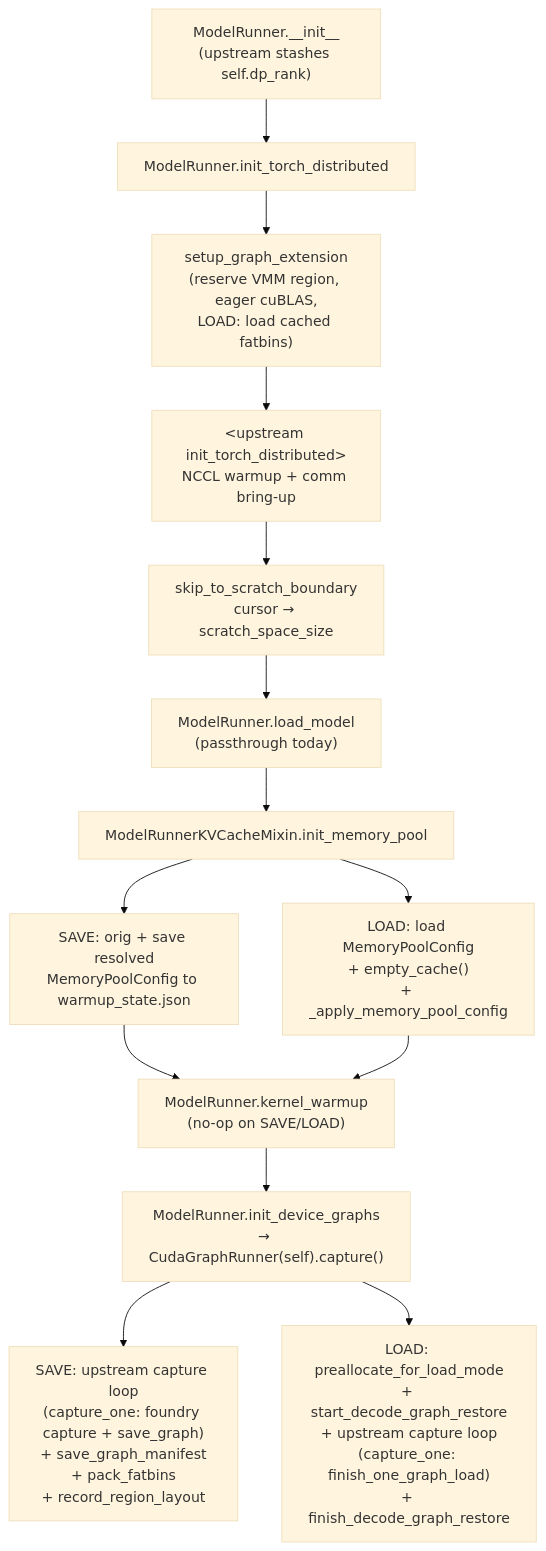
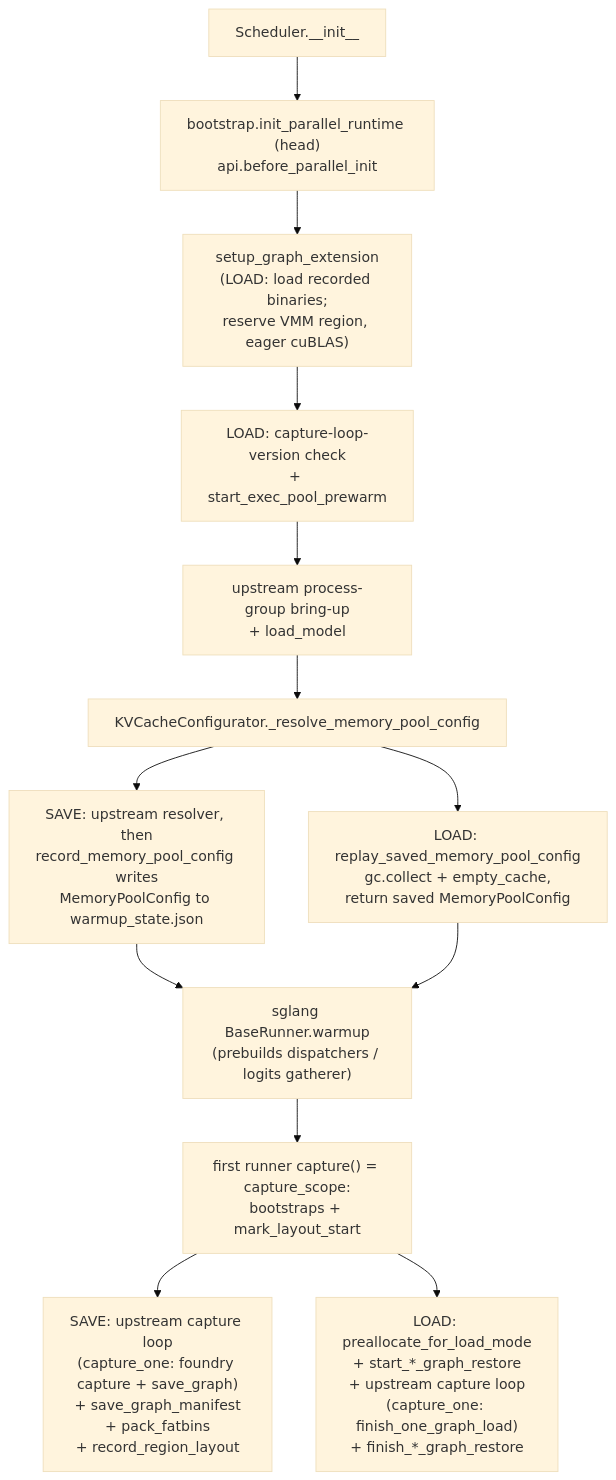
One commit to foundry-org/foundry changed the diagram in docs/sglang/memory-lifecycle.md. Above: the diagram before and after it, drawn with Mermaid (base theme). The commit also changed other lines of this file and 58 other files, not shown here.

First line of the commit message:
[graph, sglang] SGLang integration API 2.3, EAGLE3 draft graphs, deterministic pre-layout allocations (#32)

````diff
--- a/docs/sglang/memory-lifecycle.md
+++ b/docs/sglang/memory-lifecycle.md
@@ -27,27 +29,26 @@
 ```mermaid
 flowchart TD
-    INIT["ModelRunner.__init__<br/>(upstream stashes self.dp_rank)"]
-    TORCH["ModelRunner.init_torch_distributed"]
-    TORCH_PRE["setup_graph_extension<br/>(reserve VMM region, eager cuBLAS,<br/>LOAD: load cached fatbins)"]
-    TORCH_ORIG["&lt;upstream init_torch_distributed&gt;<br/>NCCL warmup + comm bring-up"]
-    TORCH_POST["skip_to_scratch_boundary<br/>cursor → scratch_space_size"]
-    LOAD_MODEL["ModelRunner.load_model<br/>(passthrough today)"]
-    POOL["ModelRunnerKVCacheMixin.init_memory_pool"]
-    POOL_SAVE["SAVE: orig + save resolved<br/>MemoryPoolConfig to warmup_state.json"]
-    POOL_LOAD["LOAD: load MemoryPoolConfig<br/>+ empty_cache()<br/>+ _apply_memory_pool_config"]
-    KWARM["ModelRunner.kernel_warmup<br/>(no-op on SAVE/LOAD)"]
-    GRAPHS["ModelRunner.init_device_graphs<br/>→ CudaGraphRunner(self).capture()"]
+    INIT["Scheduler.__init__"]
+    TORCH["bootstrap.init_parallel_runtime (head)<br/>api.before_parallel_init"]
+    TORCH_PRE["setup_graph_extension<br/>(LOAD: load recorded binaries;<br/>reserve VMM region, eager cuBLAS)"]
+    PREWARM["LOAD: capture-loop-version check<br/>+ start_exec_pool_prewarm"]
+    TORCH_ORIG["upstream process-group bring-up<br/>+ load_model"]
+    POOL["KVCacheConfigurator._resolve_memory_pool_config"]
+    POOL_SAVE["SAVE: upstream resolver, then<br/>record_memory_pool_config writes<br/>MemoryPoolConfig to warmup_state.json"]
+    POOL_LOAD["LOAD: replay_saved_memory_pool_config<br/>gc.collect + empty_cache,<br/>return saved MemoryPoolConfig"]
+    WARM["sglang BaseRunner.warmup<br/>(prebuilds dispatchers / logits gatherer)"]
+    GRAPHS["first runner capture() = capture_scope:<br/>bootstraps + mark_layout_start"]
     SAVE_CAP["SAVE: upstream capture loop<br/>(capture_one: foundry capture + save_graph)<br/>+ save_graph_manifest<br/>+ pack_fatbins<br/>+ record_region_layout"]
-    LOAD_CAP["LOAD: preallocate_for_load_mode<br/>+ start_decode_graph_restore<br/>+ upstream capture loop<br/>(capture_one: finish_one_graph_load)<br/>+ finish_decode_graph_restore"]
+    LOAD_CAP["LOAD: preallocate_for_load_mode<br/>+ start_*_graph_restore<br/>+ upstream capture loop<br/>(capture_one: finish_one_graph_load)<br/>+ finish_*_graph_restore"]
 
     INIT --> TORCH
-    TORCH --> TORCH_PRE --> TORCH_ORIG --> TORCH_POST
-    TORCH_POST --> LOAD_MODEL --> POOL
+    TORCH --> TORCH_PRE --> PREWARM --> TORCH_ORIG
+    TORCH_ORIG --> POOL
     POOL --> POOL_SAVE
     POOL --> POOL_LOAD
-    POOL_SAVE --> KWARM
-    POOL_LOAD --> KWARM
-    KWARM --> GRAPHS
+    POOL_SAVE --> WARM
+    POOL_LOAD --> WARM
+    WARM --> GRAPHS
     GRAPHS --> SAVE_CAP
     GRAPHS --> LOAD_CAP
 ```
````
